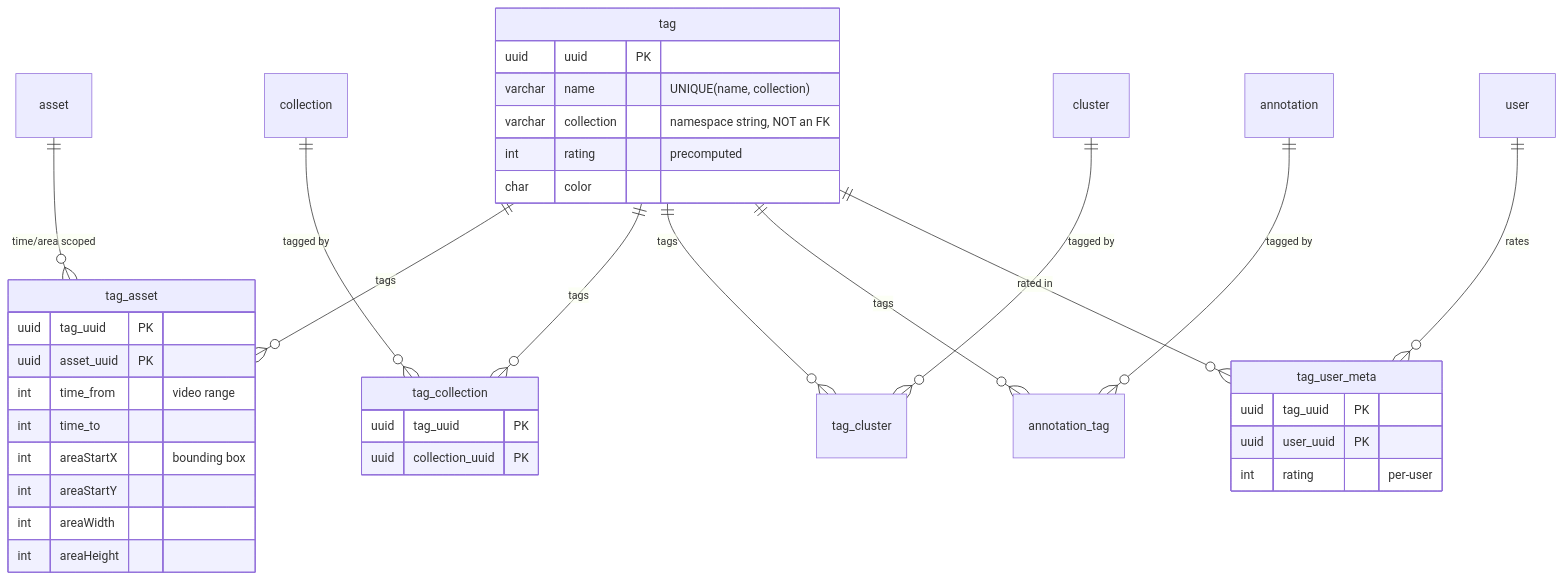
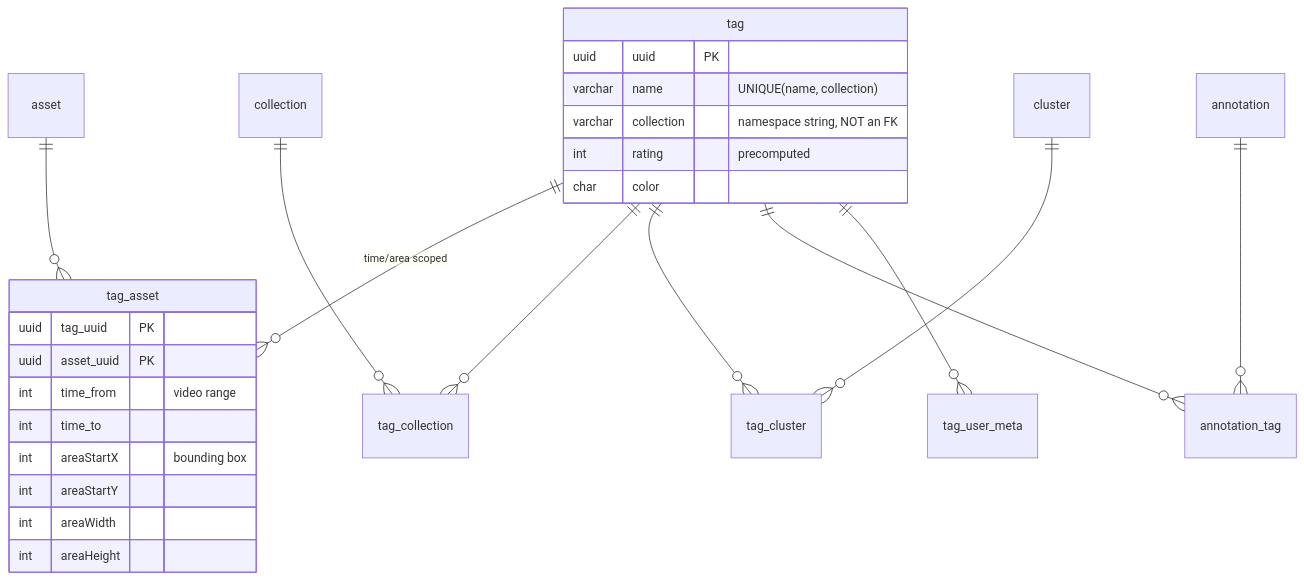
One commit to metaloom/metaloom changed the second of 4 diagrams in spec/loom/DOMAIN.md. Above: the diagram before and after it, drawn with Mermaid. The commit also changed other lines of this file and 45 other files, not shown here.

````diff
--- a/spec/loom/DOMAIN.md
+++ b/spec/loom/DOMAIN.md
@@ -208,40 +328,30 @@
 ```mermaid
 erDiagram
-    tag ||--o{ tag_asset : "tags"
-    asset ||--o{ tag_asset : "time/area scoped"
-    tag ||--o{ tag_collection : "tags"
-    collection ||--o{ tag_collection : "tagged by"
-    tag ||--o{ tag_cluster : "tags"
-    cluster ||--o{ tag_cluster : "tagged by"
-    tag ||--o{ annotation_tag : "tags"
-    annotation ||--o{ annotation_tag : "tagged by"
-    tag ||--o{ tag_user_meta : "rated in"
-    user ||--o{ tag_user_meta : "rates"
+    tag ||--o{ tag_asset : "time/area scoped"
+    asset ||--o{ tag_asset : ""
+    tag ||--o{ tag_collection : ""
+    collection ||--o{ tag_collection : ""
+    tag ||--o{ tag_cluster : ""
+    cluster ||--o{ tag_cluster : ""
+    tag ||--o{ annotation_tag : ""
+    annotation ||--o{ annotation_tag : ""
+    tag ||--o{ tag_user_meta : ""
 
     tag {
         uuid uuid PK
         varchar name "UNIQUE(name, collection)"
         varchar collection "namespace string, NOT an FK"
         int rating "precomputed"
         char color
     }
     tag_asset {
         uuid tag_uuid PK
         uuid asset_uuid PK
         int time_from "video range"
         int time_to
         int areaStartX "bounding box"
         int areaStartY
         int areaWidth
         int areaHeight
     }
-    tag_collection {
-        uuid tag_uuid PK
-        uuid collection_uuid PK
-    }
-    tag_user_meta {
-        uuid tag_uuid PK
-        uuid user_uuid PK
-        int rating "per-user"
-    }
 ```
````
